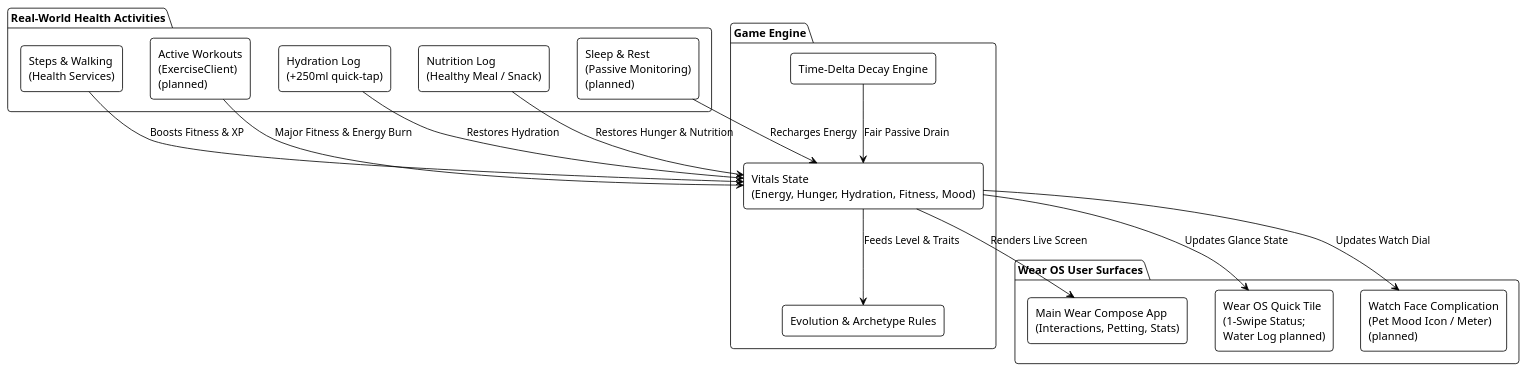
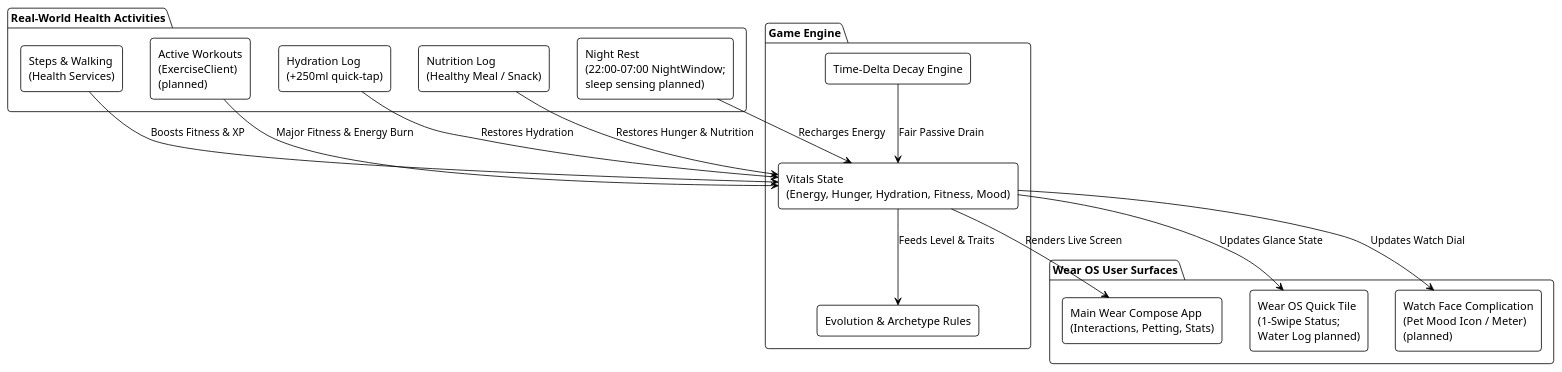
One commit to DunderGG/health-companion changed the first of 6 diagrams in docs/ARCHITECTURE.md. Above: the diagram before and after it, drawn with PlantUML. The commit also changed other lines of this file and 23 other files, not shown here.

````diff
--- a/docs/ARCHITECTURE.md
+++ b/docs/ARCHITECTURE.md
@@ -12,39 +12,39 @@
 ```plantuml
 @startuml System_Interaction_Flow
 !theme plain
 skinparam componentStyle rectangle
 skinparam roundCorner 8
 
 package "Real-World Health Activities" as RealWorld {
     [Steps & Walking\n(Health Services)] as Steps
     [Active Workouts\n(ExerciseClient)\n(planned)] as Workouts
     [Hydration Log\n(+250ml quick-tap)] as Water
     [Nutrition Log\n(Healthy Meal / Snack)] as Food
-    [Sleep & Rest\n(Passive Monitoring)\n(planned)] as Sleep
+    [Night Rest\n(22:00–07:00 NightWindow;\nsleep sensing planned)] as Sleep
 }
 
 package "Game Engine" as PetEngine {
     [Time-Delta Decay Engine] as Decay
     [Vitals State\n(Energy, Hunger, Hydration, Fitness, Mood)] as Vitals
     [Evolution & Archetype Rules] as Evo
 }
 
 package "Wear OS User Surfaces" as WearSurfaces {
     [Main Wear Compose App\n(Interactions, Petting, Stats)] as MainApp
     [Wear OS Quick Tile\n(1-Swipe Status;\nWater Log planned)] as Tile
     [Watch Face Complication\n(Pet Mood Icon / Meter)\n(planned)] as Complication
 }
 
 Steps --> Vitals : Boosts Fitness & XP
 Workouts --> Vitals : Major Fitness & Energy Burn
 Water --> Vitals : Restores Hydration
 Food --> Vitals : Restores Hunger & Nutrition
 Sleep --> Vitals : Recharges Energy
 Decay --> Vitals : Fair Passive Drain
 
 Vitals --> Evo : Feeds Level & Traits
 Vitals --> MainApp : Renders Live Screen
 Vitals --> Tile : Updates Glance State
 Vitals --> Complication : Updates Watch Dial
 @enduml
 ```
````
